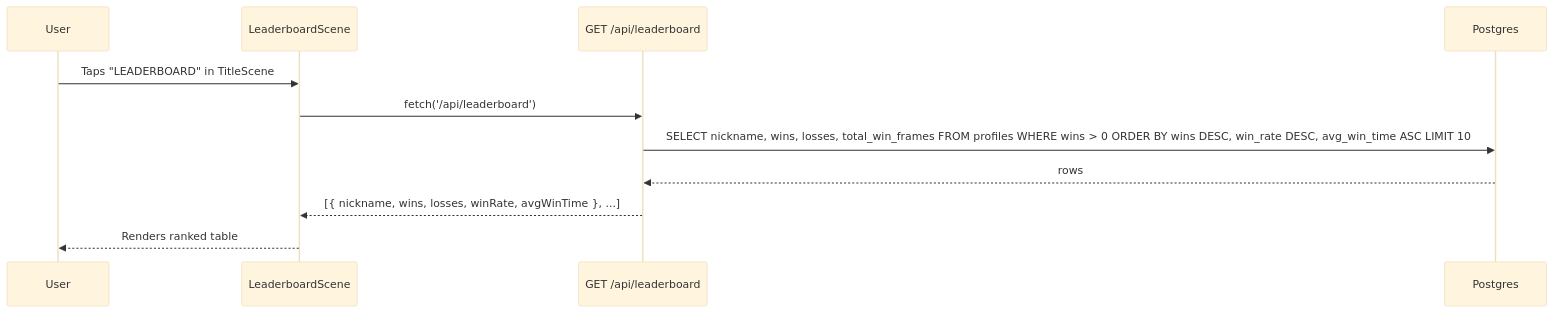
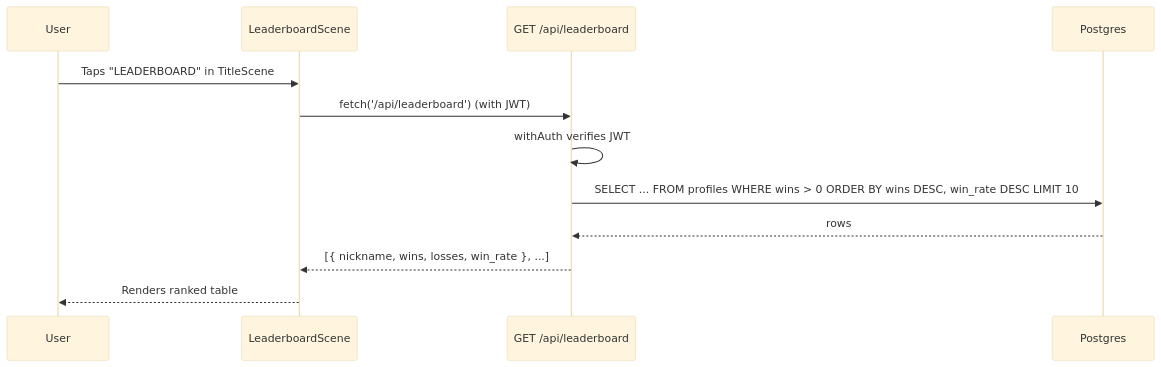
Before and after one commit to simon0191/a-los-traques: the diagram in docs/rfcs/0015-global-leaderboard.md, drawn with Mermaid (base theme). The commit also changed other lines of this file, not shown here.

````diff
--- a/docs/rfcs/0015-global-leaderboard.md
+++ b/docs/rfcs/0015-global-leaderboard.md
@@ -20,14 +18,15 @@
 ```mermaid
 sequenceDiagram
     participant U as User
     participant L as LeaderboardScene
     participant A as GET /api/leaderboard
     participant D as Postgres
 
     U->>L: Taps "LEADERBOARD" in TitleScene
-    L->>A: fetch('/api/leaderboard')
-    A->>D: SELECT nickname, wins, losses, total_win_frames FROM profiles WHERE wins > 0 ORDER BY wins DESC, win_rate DESC, avg_win_time ASC LIMIT 10
+    L->>A: fetch('/api/leaderboard') (with JWT)
+    A->>A: withAuth verifies JWT
+    A->>D: SELECT ... FROM profiles WHERE wins > 0 ORDER BY wins DESC, win_rate DESC LIMIT 10
     D-->>A: rows
-    A-->>L: [{ nickname, wins, losses, winRate, avgWinTime }, ...]
+    A-->>L: [{ nickname, wins, losses, win_rate }, ...]
     L-->>U: Renders ranked table
 ```
````
